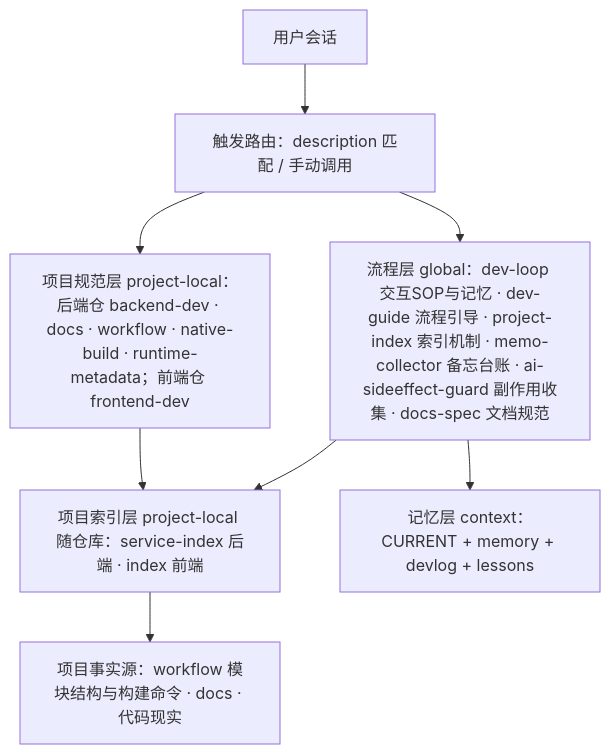
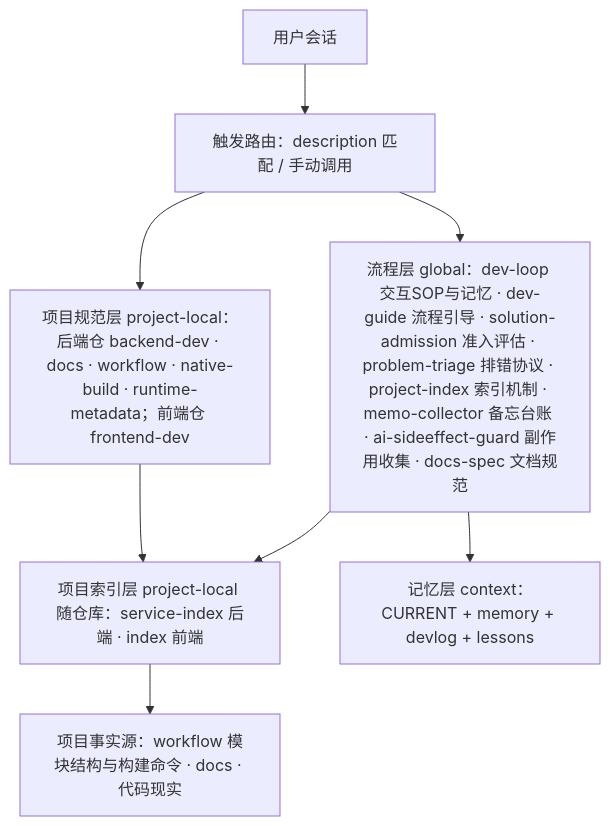
The first of 4 diagrams in README.md (loveheng/skill-system), drawn with Mermaid before and after one commit. The commit also changed other lines of this file and 30 other files, not shown here.

````diff
--- a/README.md
+++ b/README.md
@@ -34,10 +34,10 @@
 ```mermaid
 flowchart TD
     U[用户会话] --> R[触发路由：description 匹配 / 手动调用]
-    R --> L1[流程层 global：dev-loop 交互SOP与记忆 · dev-guide 流程引导 · project-index 索引机制 · memo-collector 备忘台账 · ai-sideeffect-guard 副作用收集 · docs-spec 文档规范]
+    R --> L1[流程层 global：dev-loop 交互SOP与记忆 · dev-guide 流程引导 · solution-admission 准入评估 · problem-triage 排错协议 · project-index 索引机制 · memo-collector 备忘台账 · ai-sideeffect-guard 副作用收集 · docs-spec 文档规范]
     R --> L2[项目规范层 project-local：后端仓 backend-dev · docs · workflow · native-build · runtime-metadata；前端仓 frontend-dev]
     L1 --> L3[项目索引层 project-local 随仓库：service-index 后端 · index 前端]
     L2 --> L3
     L1 --> L4[记忆层 context：CURRENT + memory + devlog + lessons]
     L3 --> L5[项目事实源：workflow 模块结构与构建命令 · docs · 代码现实]
 ```
````
